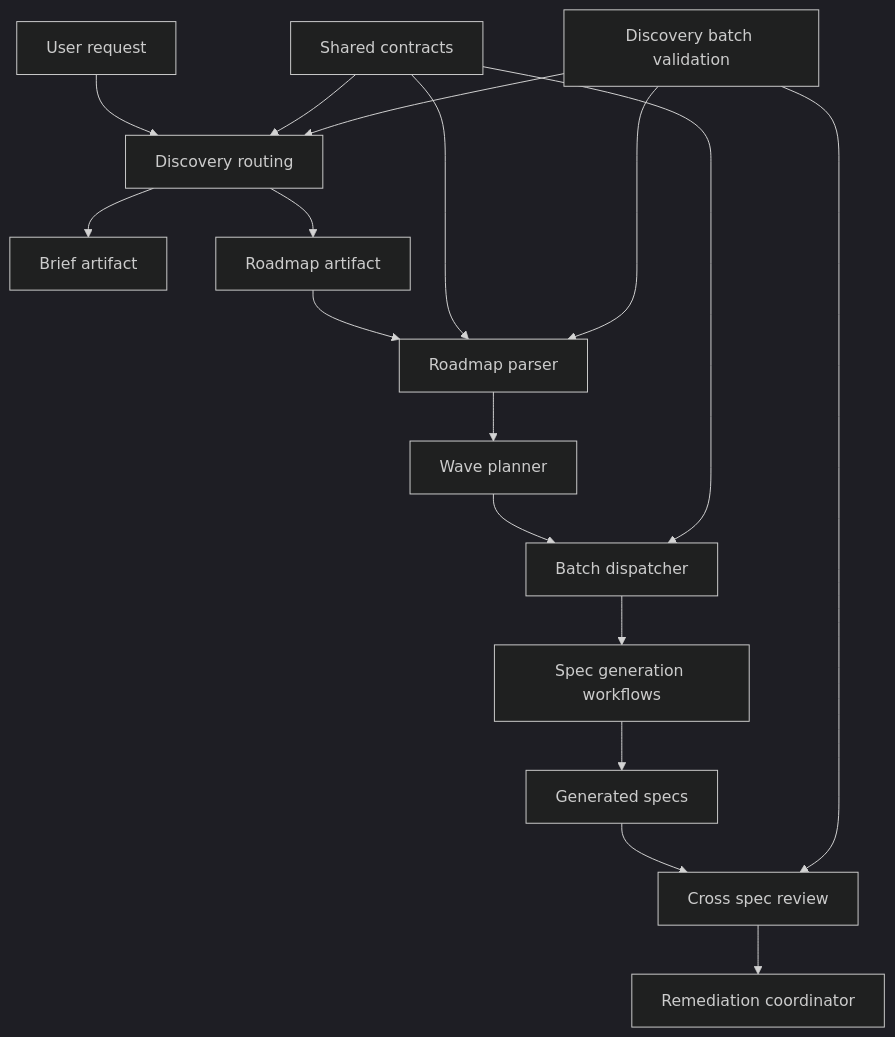
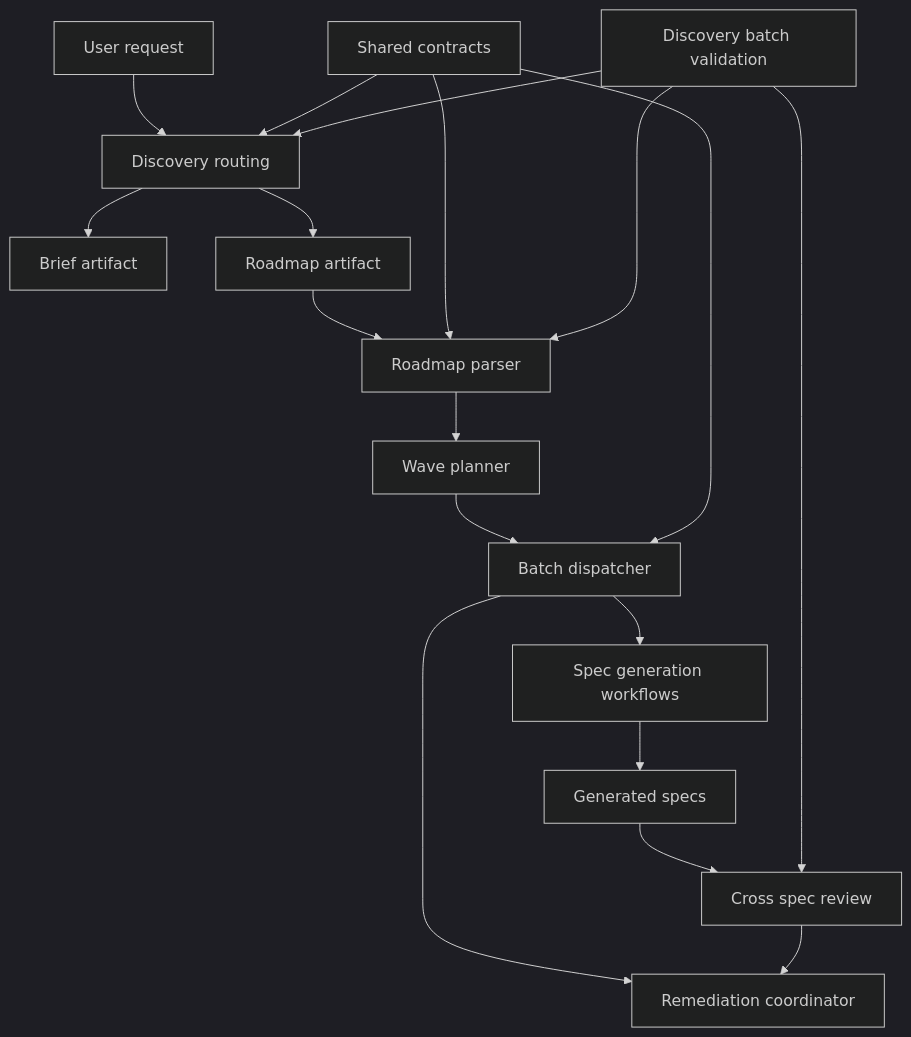
The first of 3 diagrams in .kiro/specs/kiro-discovery-batch-workflows/design.md (j5ik2o/takt-sdd), drawn with Mermaid (dark theme) before and after one commit. The commit also changed other lines of this file and 4 other files, not shown here.

````diff
--- a/.kiro/specs/kiro-discovery-batch-workflows/design.md
+++ b/.kiro/specs/kiro-discovery-batch-workflows/design.md
@@ -70,19 +70,20 @@
 ```mermaid
 graph TB
     User[User request] --> Discovery[Discovery routing]
     Discovery --> Brief[Brief artifact]
     Discovery --> Roadmap[Roadmap artifact]
     Roadmap --> Parser[Roadmap parser]
     Parser --> Planner[Wave planner]
     Planner --> Dispatcher[Batch dispatcher]
     Dispatcher --> Generation[Spec generation workflows]
+    Dispatcher --> Remediation[Remediation coordinator]
     Generation --> Specs[Generated specs]
     Specs --> CrossReview[Cross spec review]
     CrossReview --> Remediation[Remediation coordinator]
     Shared[Shared contracts] --> Discovery
     Shared --> Parser
     Shared --> Dispatcher
     Validation[Discovery batch validation] --> Discovery
     Validation --> Parser
     Validation --> CrossReview
 ```
````
